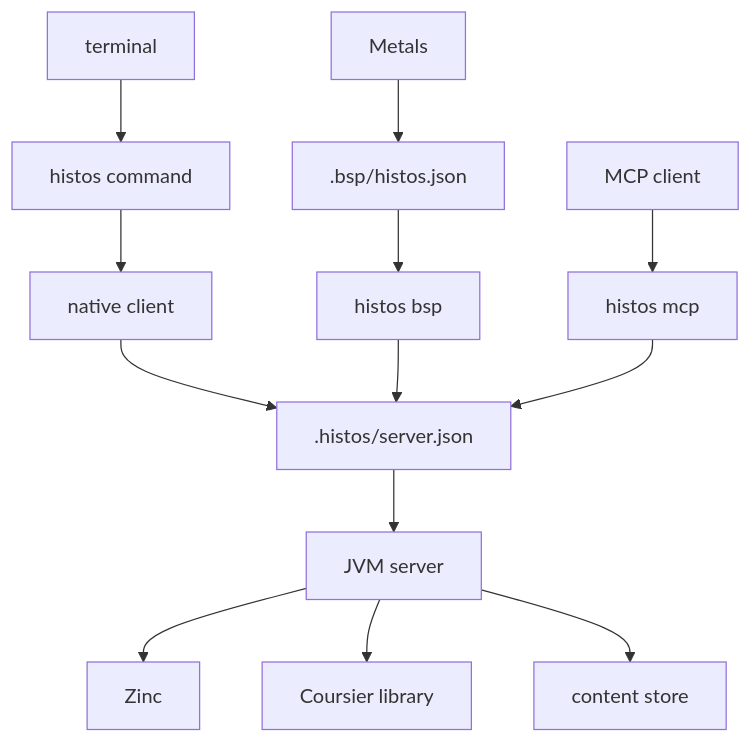
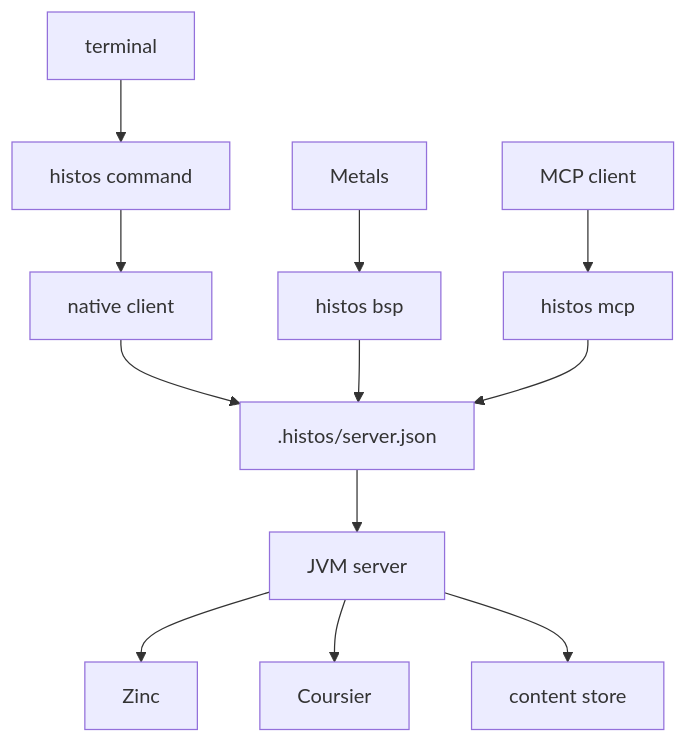
The diagram in README.md (early-effect/histos), drawn with Mermaid before and after one commit. The commit also changed other lines of this file and 5 other files, not shown here.

````diff
--- a/README.md
+++ b/README.md
@@ -7,15 +5,14 @@
 ```mermaid
 flowchart TD
   person[terminal] --> cmd[histos command]
-  metals[Metals] --> conn[".bsp/histos.json"]
-  conn --> bsp["histos bsp"]
+  metals[Metals] --> bsp["histos bsp"]
   agent[MCP client] --> mcp["histos mcp"]
   cmd --> client[native client]
   client --> record[".histos/server.json"]
   bsp --> record
   mcp --> record
   record --> jvm[JVM server]
   jvm --> zinc[Zinc]
-  jvm --> coursier[Coursier library]
-  jvm --> store["content store"]
+  jvm --> coursier[Coursier]
+  jvm --> store[content store]
 ```
````
